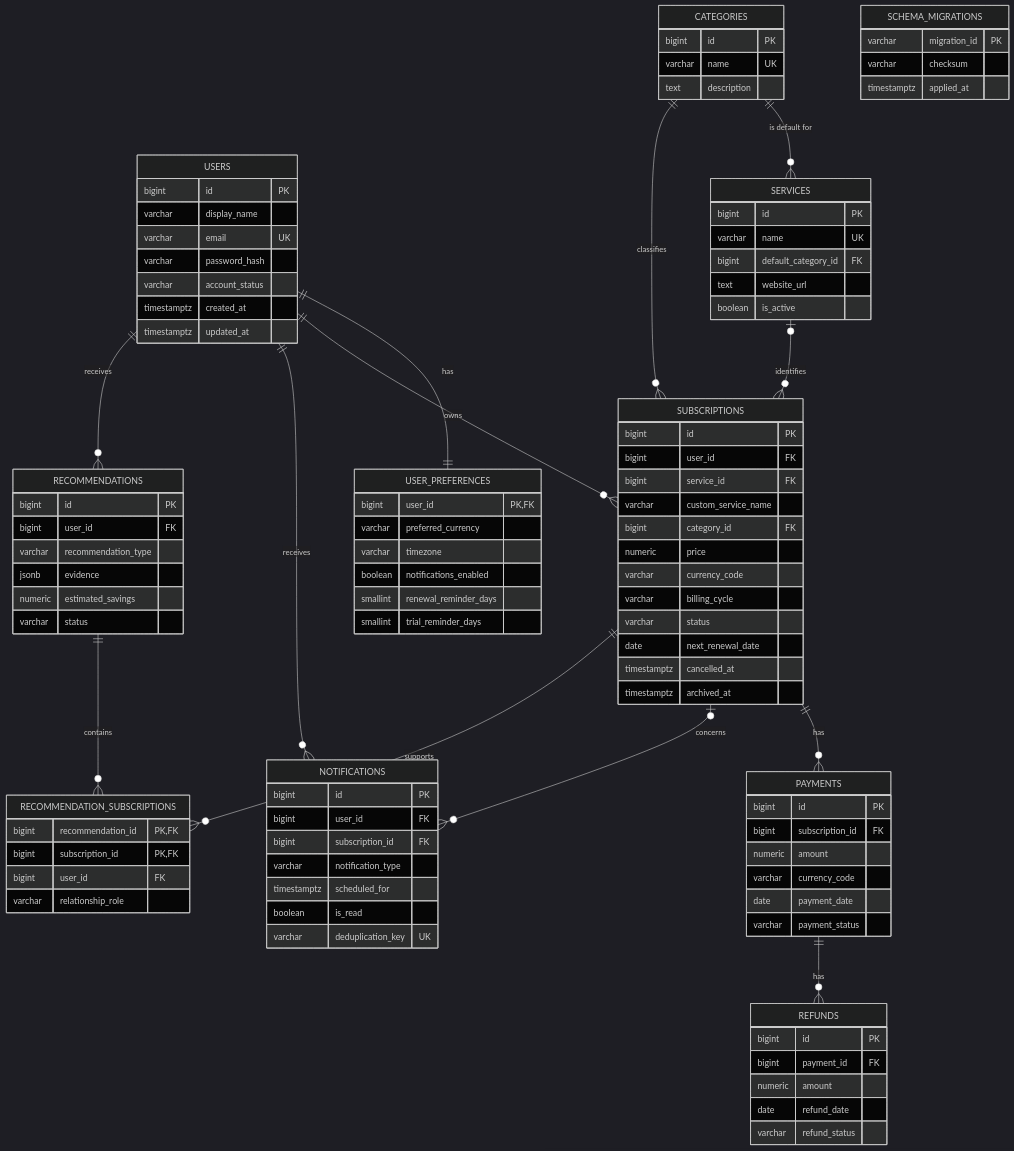
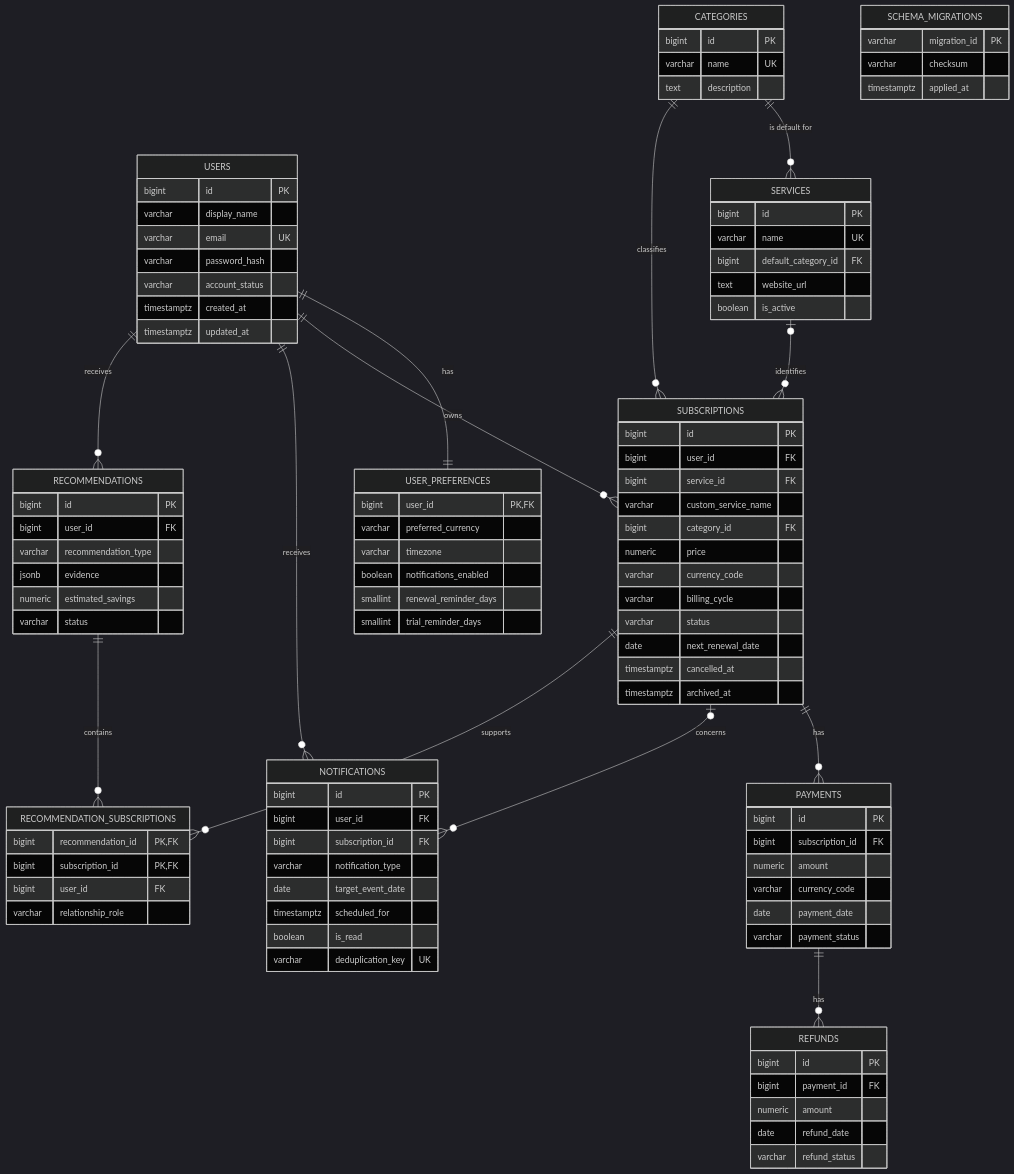
Before and after one commit to Rohanop03/SpendWise-AI: the diagram in docs/ER_DIAGRAM.md, drawn with Mermaid (dark theme). The commit also changed other lines of this file and 39 other files, not shown here.

```diff
--- a/docs/ER_DIAGRAM.md
+++ b/docs/ER_DIAGRAM.md
@@ -87,6 +87,7 @@
     bigint user_id FK
     bigint subscription_id FK
     varchar notification_type
+    date target_event_date
     timestamptz scheduled_for
     boolean is_read
     varchar deduplication_key UK
```
